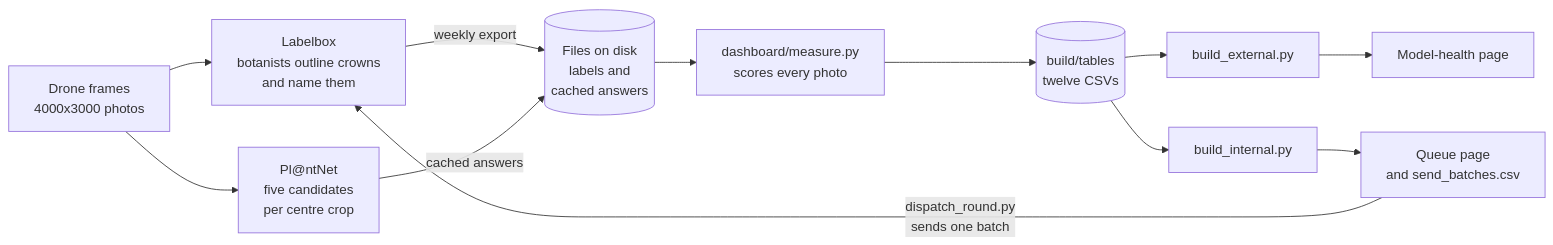
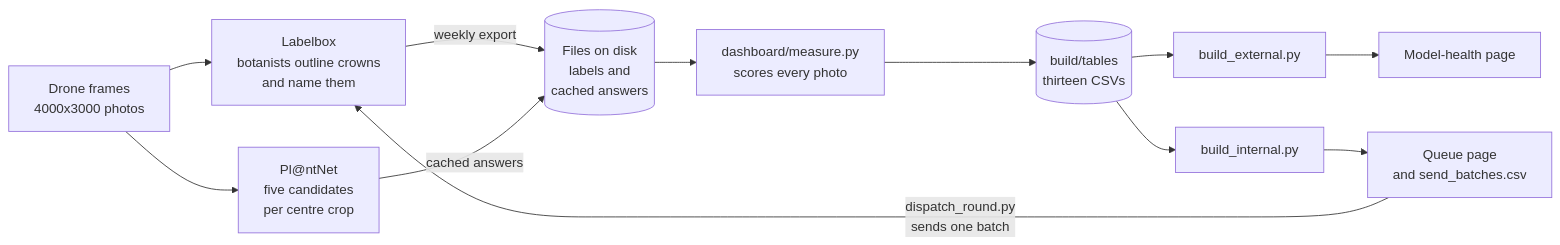
The diagram in diagrams/pipeline.mmd (traitlab/bci-dashboard), drawn with Mermaid before and after one commit. The commit also changed 16 other files, not shown here.

```diff
--- a/diagrams/pipeline.mmd
+++ b/diagrams/pipeline.mmd
@@ -1,11 +1,11 @@
 flowchart LR
     frames["Drone frames<br/>4000x3000 photos"]
     frames --> lb["Labelbox<br/>botanists outline crowns<br/>and name them"]
     frames --> pn["Pl@ntNet<br/>five candidates<br/>per centre crop"]
     lb -- "weekly export" --> disk[("Files on disk<br/>labels and<br/>cached answers")]
     pn -- "cached answers" --> disk
     disk --> measure["dashboard/measure.py<br/>scores every photo"]
-    measure --> tables[("build/tables<br/>twelve CSVs")]
+    measure --> tables[("build/tables<br/>thirteen CSVs")]
     tables --> ext["build_external.py"] --> health["Model-health page"]
     tables --> int["build_internal.py"] --> queue["Queue page<br/>and send_batches.csv"]
     queue -- "dispatch_round.py<br/>sends one batch" --> lb
```
